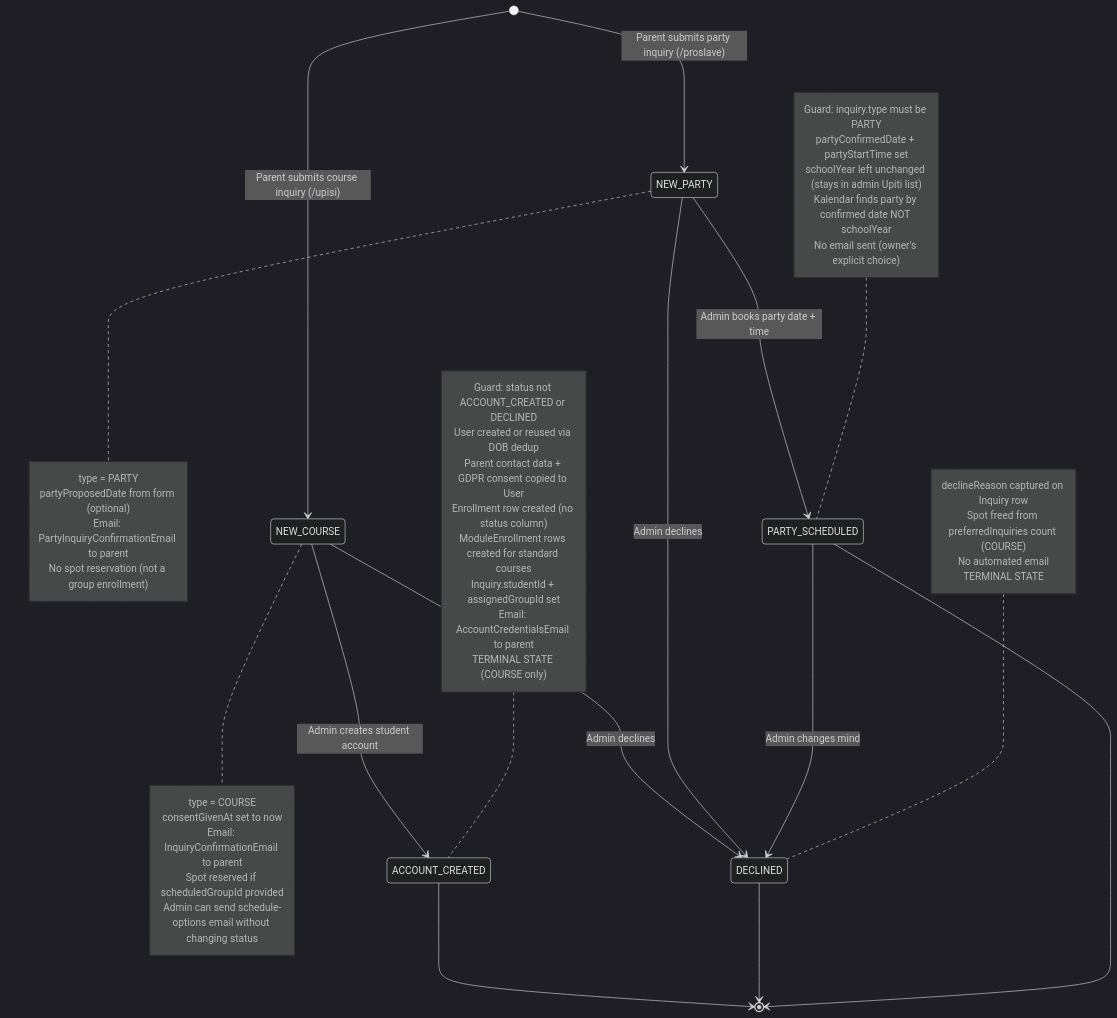
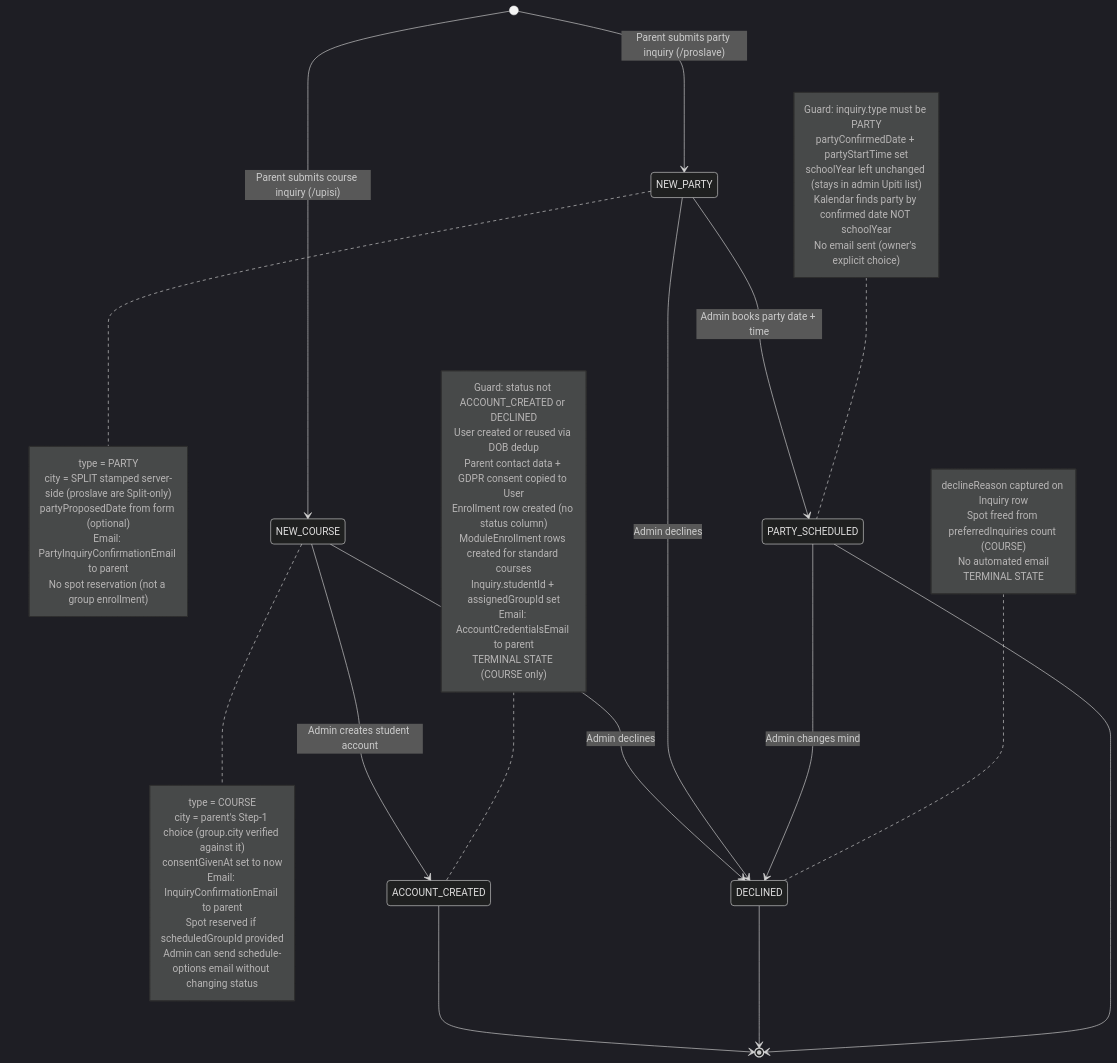
The first of 12 diagrams in docs/diagrams/enrollment-rules.md (jpucic00/inovatic), drawn with Mermaid (dark theme) before and after one commit. The commit also changed other lines of this file and 18 other files, not shown here.

````diff
--- a/docs/diagrams/enrollment-rules.md
+++ b/docs/diagrams/enrollment-rules.md
@@ -11,58 +13,60 @@
 ```mermaid
 stateDiagram-v2
     [*] --> NEW_COURSE: Parent submits course inquiry (/upisi)
     [*] --> NEW_PARTY: Parent submits party inquiry (/proslave)
 
     NEW_COURSE --> ACCOUNT_CREATED: Admin creates student account
     NEW_COURSE --> DECLINED: Admin declines
 
     NEW_PARTY --> PARTY_SCHEDULED: Admin books party date + time
     NEW_PARTY --> DECLINED: Admin declines
 
     PARTY_SCHEDULED --> DECLINED: Admin changes mind
 
     ACCOUNT_CREATED --> [*]
     DECLINED --> [*]
     PARTY_SCHEDULED --> [*]
 
     note right of NEW_COURSE
         type = COURSE
+        city = parent's Step-1 choice (group.city verified against it)
         consentGivenAt set to now
         Email: InquiryConfirmationEmail to parent
         Spot reserved if scheduledGroupId provided
         Admin can send schedule-options email without changing status
     end note
 
     note right of NEW_PARTY
         type = PARTY
+        city = SPLIT stamped server-side (proslave are Split-only)
         partyProposedDate from form (optional)
         Email: PartyInquiryConfirmationEmail to parent
         No spot reservation (not a group enrollment)
     end note
 
     note left of ACCOUNT_CREATED
         Guard: status not ACCOUNT_CREATED or DECLINED
         User created or reused via DOB dedup
         Parent contact data + GDPR consent copied to User
         Enrollment row created (no status column)
         ModuleEnrollment rows created for standard courses
         Inquiry.studentId + assignedGroupId set
         Email: AccountCredentialsEmail to parent
         TERMINAL STATE (COURSE only)
     end note
 
     note left of PARTY_SCHEDULED
         Guard: inquiry.type must be PARTY
         partyConfirmedDate + partyStartTime set
         schoolYear left unchanged (stays in admin Upiti list)
         Kalendar finds party by confirmed date NOT schoolYear
         No email sent (owner's explicit choice)
     end note
 
     note left of DECLINED
         declineReason captured on Inquiry row
         Spot freed from preferredInquiries count (COURSE)
         No automated email
         TERMINAL STATE
     end note
 ```
````
